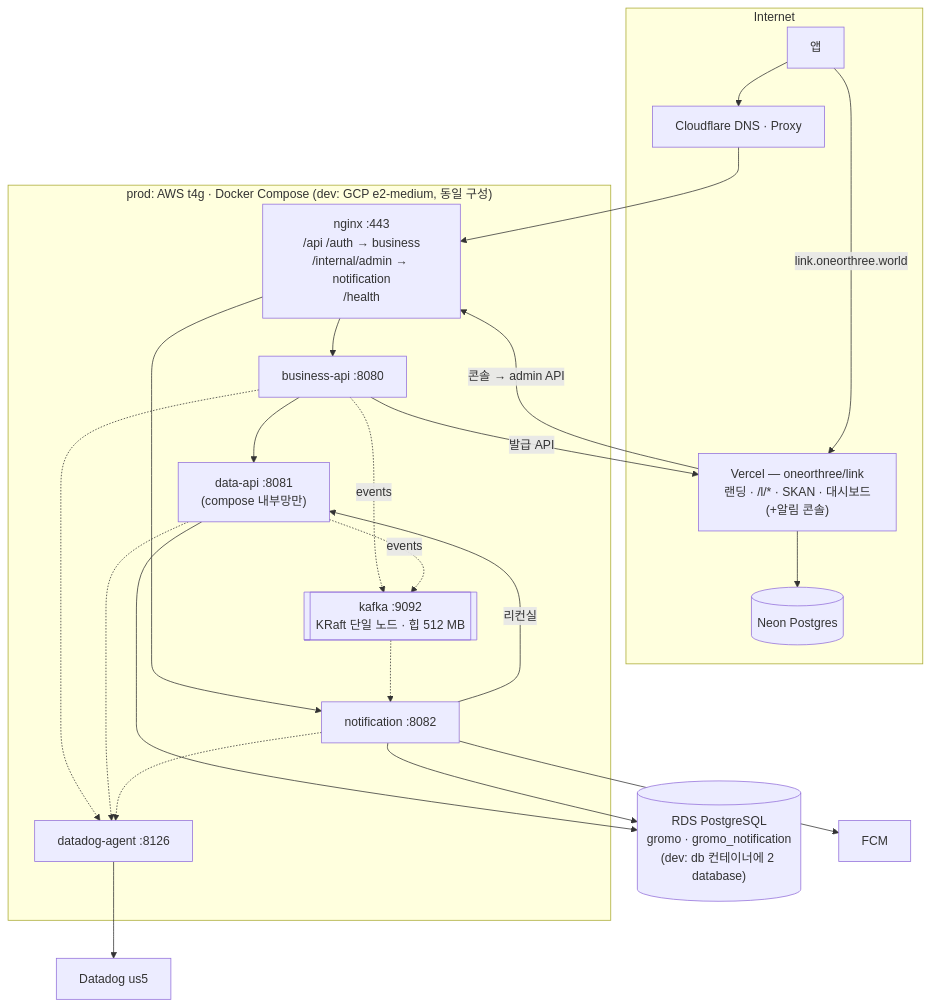
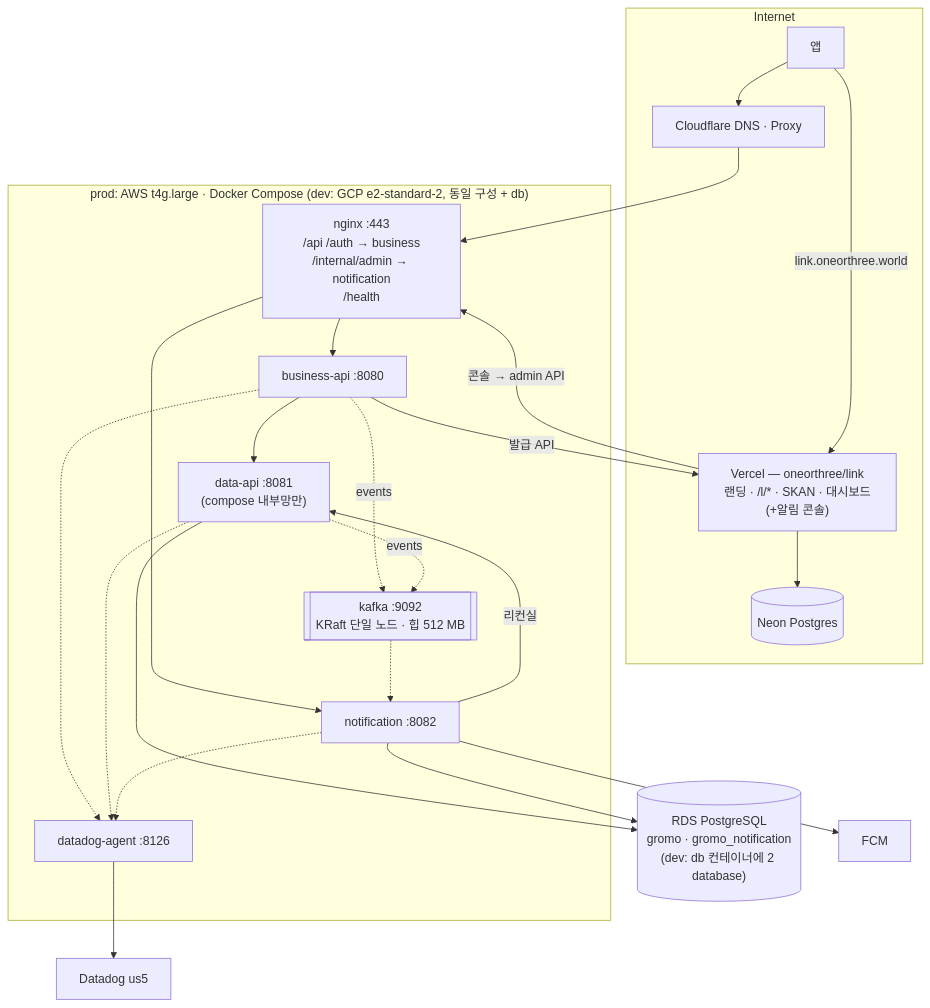
The diagram in docs/architecture/system-architecture.md (OneOrThree/phone), drawn with Mermaid before and after one commit. The commit also changed other lines of this file and 2 other files, not shown here.

Commit message:
[CHORE] GROMO-1727 codex 4라운드 반영 — 위성 쓰기 탈퇴 검증 · 탈퇴 시 알림 DB 정리 · 실제 컬럼명 · 롤백 매니페스트
P1
- service §5: 위성 직행 쓰기(기기 토큰·설정·claim)는 Data API 활성 검사를 안 거쳐 탈퇴 후 3600s 창이 열림 → 위성 쓰기 전 활성 검사 통과 요구
- service §5: 탈퇴 시 gromo_notification 정리 — user.withdrawn 이벤트 + 멱등 삭제, 미처리분은 새벽 리컨실이 회수
- A11: 서비스 토큰 4종 → 5종 (notification→data 리컨실 토큰 누락 시 401)
- system §3: 롤백 시 이전 digest 를 매니페스트에 기록·커밋 후 적용 (안 그러면 다음 compose up 이 롤백을 취소)

P2
- service §2·§5: users.locale → users.language (V50), users.refresh_token → refresh_token_hash (V16, 평문 폐기)
- service §3: 알림 설정 GET 도 알림 서버에서 (정본이 gromo_notification)
- A19: Kafka replay → DB 정본 기반 재구축 (A20 과 통일)
- system §2 배치도: prod t4g.large · dev e2-standard-2

Claude-Session: https://claude.ai/code/session_01VrPncYyWFtPjjL2U2WMwRz

````diff
--- a/docs/architecture/system-architecture.md
+++ b/docs/architecture/system-architecture.md
@@ -16,36 +16,36 @@
 ```mermaid
 flowchart TB
   subgraph Internet
     APPc["앱"]
     CF["Cloudflare DNS · Proxy"]
     VERCEL["Vercel — oneorthree/link<br/>랜딩 · /l/* · SKAN · 대시보드(+알림 콘솔)"]
     NEON[("Neon Postgres")]
   end
-  subgraph VM["prod: AWS t4g · Docker Compose (dev: GCP e2-medium, 동일 구성)"]
+  subgraph VM["prod: AWS t4g.large · Docker Compose (dev: GCP e2-standard-2, 동일 구성 + db)"]
     NX["nginx :443<br/>/api /auth → business<br/>/internal/admin → notification<br/>/health"]
     BIZ["business-api :8080"]
     DATA["data-api :8081<br/>(compose 내부망만)"]
     NS["notification :8082"]
     KF[["kafka :9092<br/>KRaft 단일 노드 · 힙 512 MB"]]
     DDA["datadog-agent :8126"]
   end
   RDS[("RDS PostgreSQL<br/>gromo · gromo_notification<br/>(dev: db 컨테이너에 2 database)")]
   FCM["FCM"]
   DD["Datadog us5"]
 
   APPc --> CF --> NX
   APPc -->|"link.oneorthree.world"| VERCEL --> NEON
   NX --> BIZ
   NX --> NS
   BIZ --> DATA
   BIZ -.->|"events"| KF
   DATA -.->|"events"| KF
   KF -.-> NS
   NS -->|"리컨실"| DATA
   BIZ -->|"발급 API"| VERCEL
   VERCEL -->|"콘솔 → admin API"| NX
   DATA --> RDS
   NS --> RDS
   NS --> FCM
   BIZ & DATA & NS -.-> DDA --> DD
 ```
````
